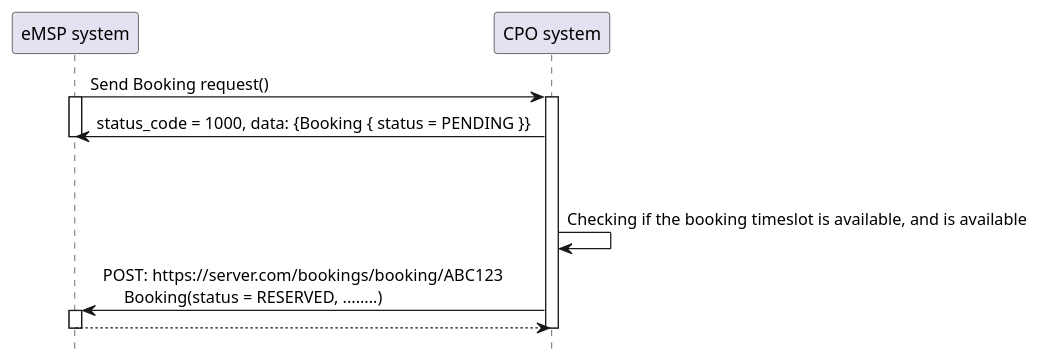
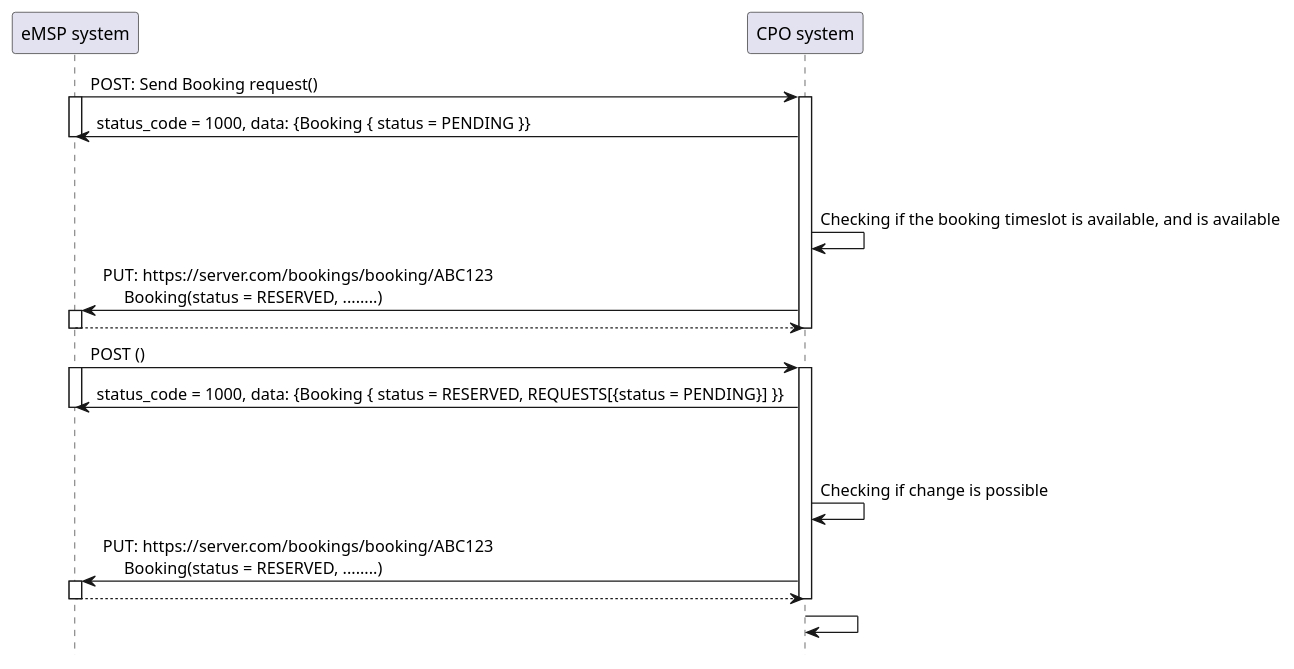
The diagram in plantuml/booking_create_booking_successful.plantuml (ocpi/ocpi), drawn with PlantUML before and after one commit. The commit also changed 4 other files, not shown here.

Commit message:
Booking diagrams and updated bookable and booking request

```diff
--- a/plantuml/booking_create_booking_successful.plantuml
+++ b/plantuml/booking_create_booking_successful.plantuml
@@ -1,20 +1,36 @@
 @startuml
 hide footbox
 participant "eMSP system" as MSP
 participant "CPO system" as CPO
 
-MSP -> CPO : Send Booking request()
+MSP -> CPO : POST: Send Booking request()
 activate MSP
 activate CPO
 CPO -> MSP : status_code = 1000, data: {Booking { status = PENDING }}
 deactivate MSP
 ||45||
-'note over CPO: Checking if the booking timeslot is available'
 CPO -> CPO: Checking if the booking timeslot is available, and is available
 
-CPO  ->  MSP:  POST: https://server.com/bookings/booking/ABC123\n     Booking(status = RESERVED, ........)
+CPO  ->  MSP:  PUT: https://server.com/bookings/booking/ABC123\n     Booking(status = RESERVED, ........)
 activate MSP
 MSP --> CPO:
 deactivate MSP
 deactivate CPO
+
+MSP -> CPO : POST ()
+activate MSP
+activate CPO
+CPO -> MSP : status_code = 1000, data: {Booking { status = RESERVED, REQUESTS[{status = PENDING}] }}
+deactivate MSP
+||45||
+CPO -> CPO: Checking if change is possible
+
+CPO  ->  MSP:  PUT: https://server.com/bookings/booking/ABC123\n     Booking(status = RESERVED, ........)
+activate MSP
+MSP --> CPO:
+deactivate MSP
+deactivate CPO
+
+CPO -> CPO
+
 @enduml
```
